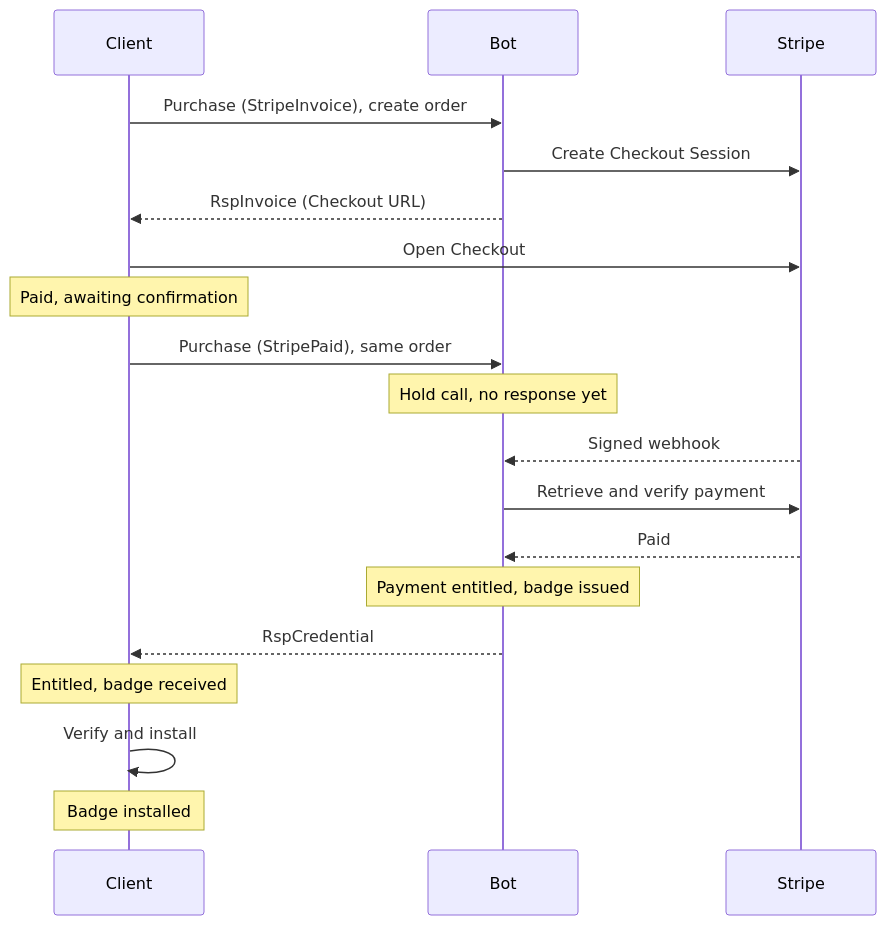
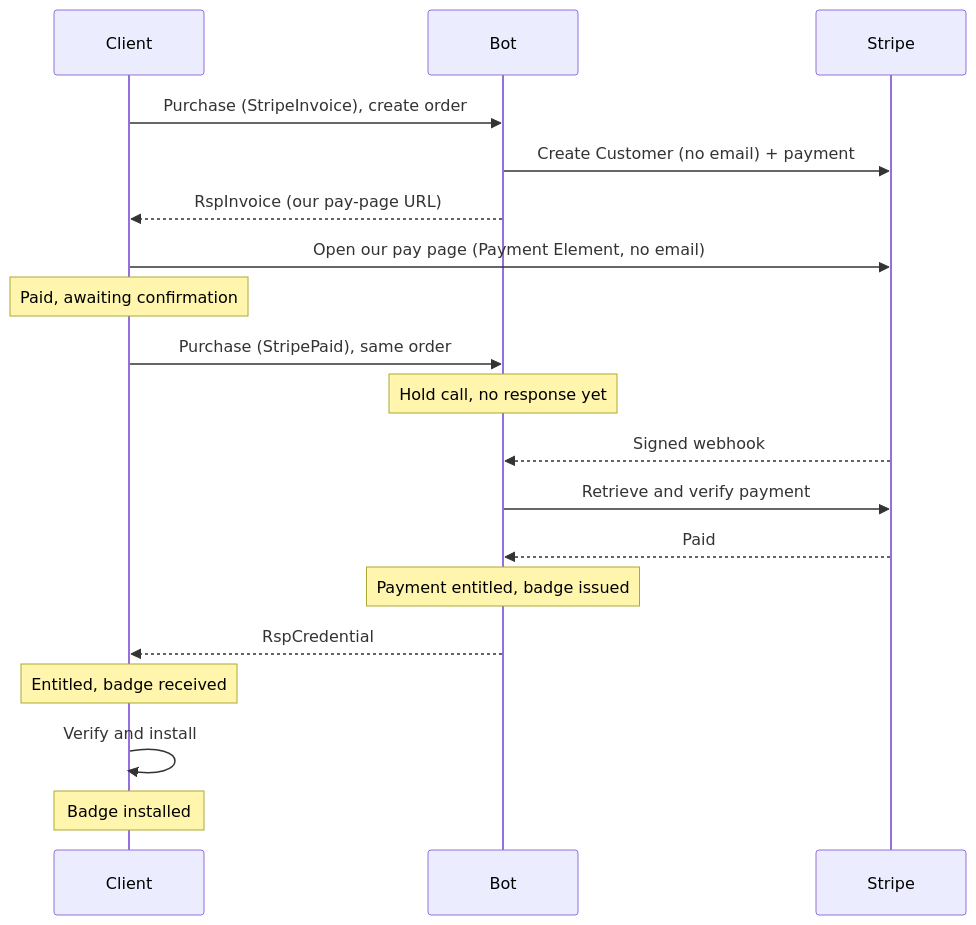
One commit to simplex-chat/simplex-chat changed the seventh of 12 diagrams in plans/2026-07-20-supporter-badges-v2-product.md. Above: the diagram before and after it, drawn with Mermaid. The commit also changed other lines of this file and 1 other file, not shown here.

First line of the commit message:
docs: self-host Stripe Payment Element to avoid mandatory email

````diff
--- a/plans/2026-07-20-supporter-badges-v2-product.md
+++ b/plans/2026-07-20-supporter-badges-v2-product.md
@@ -208,21 +208,21 @@
 ```mermaid
 sequenceDiagram
   participant C as Client
   participant B as Bot
   participant S as Stripe
   C->>B: Purchase (StripeInvoice), create order
-  B->>S: Create Checkout Session
-  B-->>C: RspInvoice (Checkout URL)
-  C->>S: Open Checkout
+  B->>S: Create Customer (no email) + payment
+  B-->>C: RspInvoice (our pay-page URL)
+  C->>S: Open our pay page (Payment Element, no email)
   Note over C: Paid, awaiting confirmation
   C->>B: Purchase (StripePaid), same order
   Note over B: Hold call, no response yet
   S-->>B: Signed webhook
   B->>S: Retrieve and verify payment
   S-->>B: Paid
   Note over B: Payment entitled, badge issued
   B-->>C: RspCredential
   Note over C: Entitled, badge received
   C->>C: Verify and install
   Note over C: Badge installed
 ```
````
